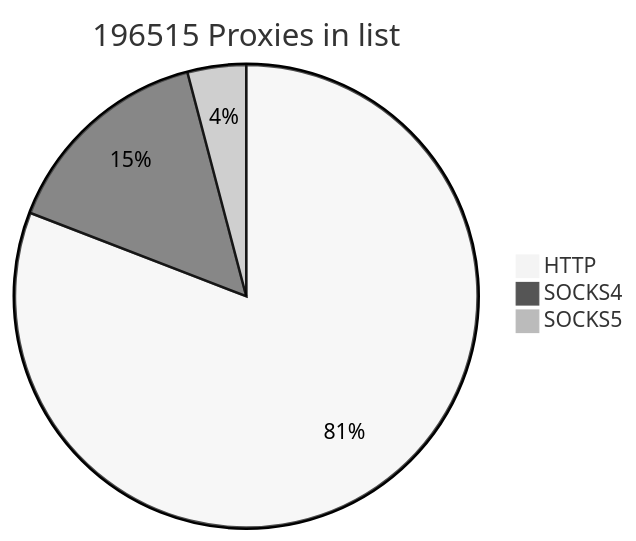
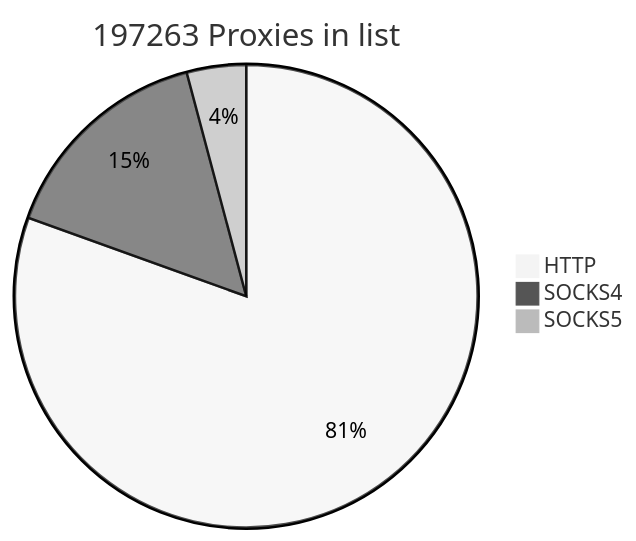
Before and after one commit to cutipu/proxylist: the first of 2 diagrams in README.md, drawn with Mermaid (neutral theme). The commit also changed other lines of this file, not shown here.

````diff
--- a/README.md
+++ b/README.md
@@ -2,7 +2,7 @@
 ```mermaid
-pie title 196515 Proxies in list
-    "HTTP" : 158907
-    "SOCKS4" : 29570
-    "SOCKS5" : 8038
+pie title 197263 Proxies in list
+    "HTTP" : 158799
+    "SOCKS4" : 30293
+    "SOCKS5" : 8171
             
 ```
````
